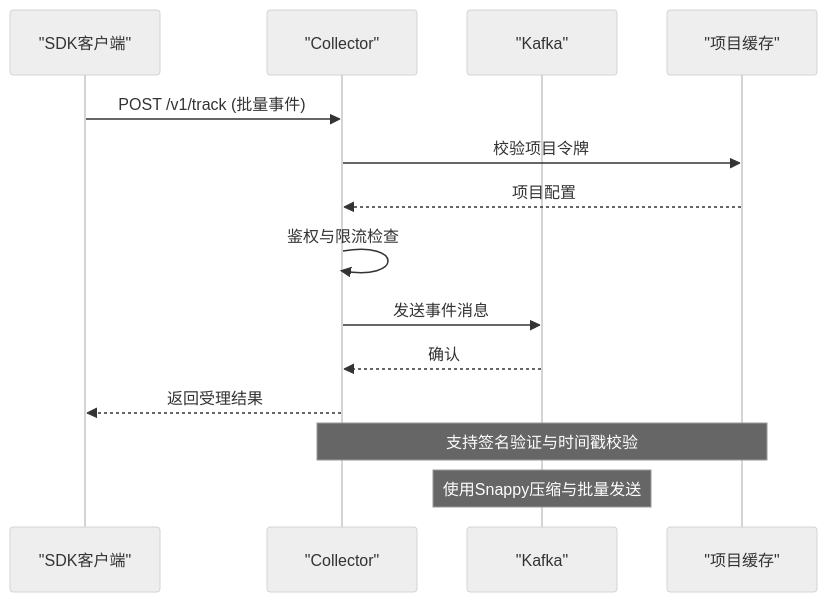
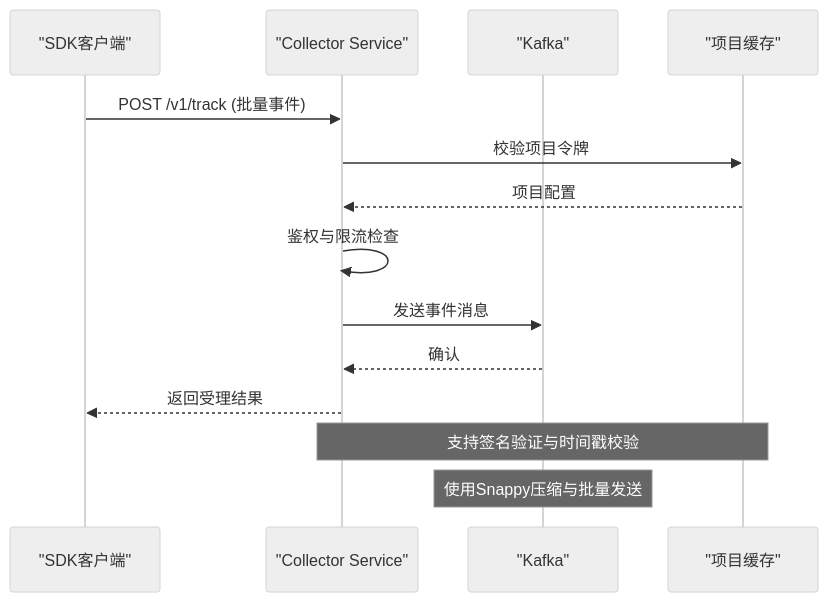
One commit to zhen-zhong/AeroLog changed the sixth of 11 diagrams in .qoder/repowiki/zh/content/项目概述/项目概述.md. Above: the diagram before and after it, drawn with Mermaid (neutral theme). The commit also changed other lines of this file and 105 other files, not shown here.

````diff
--- a/.qoder/repowiki/zh/content/项目概述/项目概述.md
+++ b/.qoder/repowiki/zh/content/项目概述/项目概述.md
@@ -291,16 +307,16 @@
 ```mermaid
 sequenceDiagram
 participant SDK as "SDK客户端"
-participant COL as "Collector"
+participant COL as "Collector Service"
 participant MQ as "Kafka"
 participant CACHE as "项目缓存"
 SDK->>COL : POST /v1/track (批量事件)
 COL->>CACHE : 校验项目令牌
 CACHE-->>COL : 项目配置
 COL->>COL : 鉴权与限流检查
 COL->>MQ : 发送事件消息
 MQ-->>COL : 确认
 COL-->>SDK : 返回受理结果
 Note over COL,CACHE : 支持签名验证与时间戳校验
 Note over MQ : 使用Snappy压缩与批量发送
 ```
````
